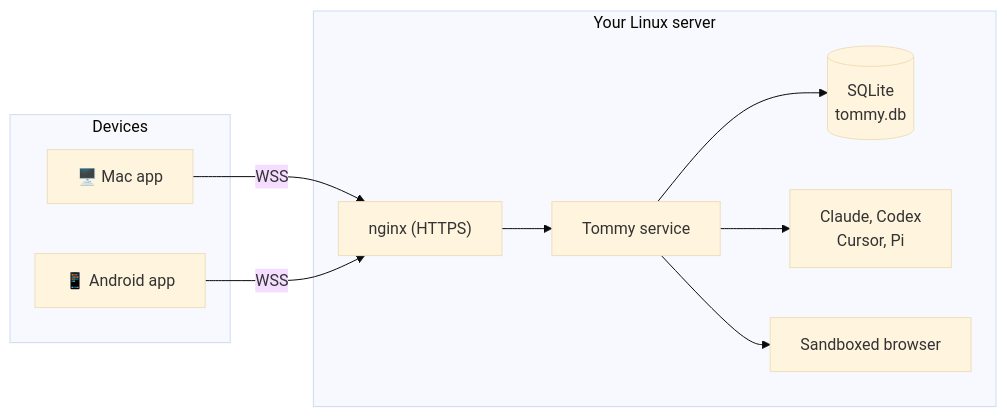
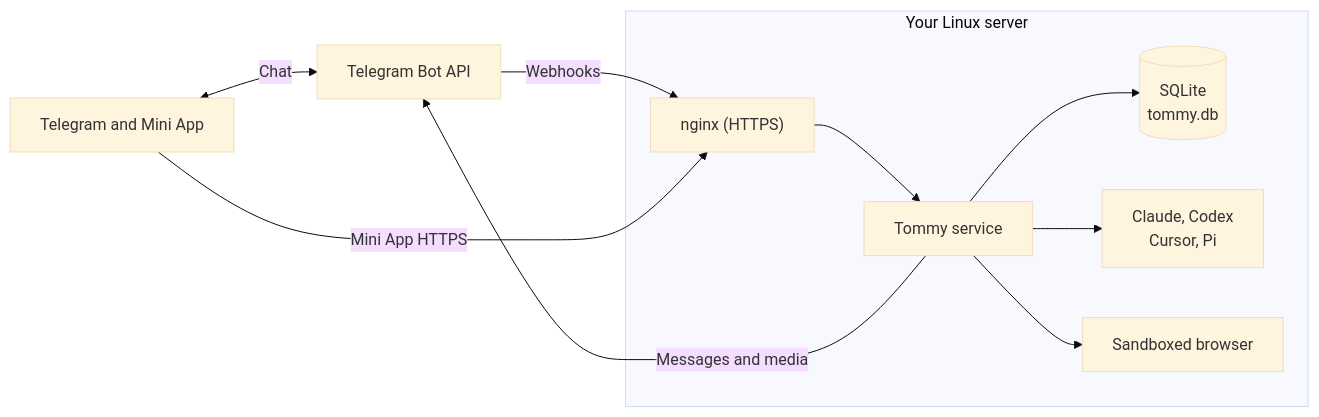
Before and after one commit to jbaehova/tommy: the diagram in README.md, drawn with Mermaid (base theme). The commit also changed other lines of this file and 2502 other files, not shown here.

First line of the commit message:
feat!: make Tommy a Telegram-only server

````diff
--- a/README.md
+++ b/README.md
@@ -159,20 +76,18 @@
 ```mermaid
 flowchart LR
-    subgraph Devices
-        mac["🖥️ Mac app"]
-        android["📱 Android app"]
-    end
+    telegram["Telegram and Mini App"] <-->|Chat| api["Telegram Bot API"]
     subgraph Server["Your Linux server"]
         nginx["nginx (HTTPS)"]
         tommy["Tommy service"]
         db[("SQLite<br>tommy.db")]
         providers["Claude, Codex<br>Cursor, Pi"]
         browser["Sandboxed browser"]
     end
-    mac -- "WSS" --> nginx
-    android -- "WSS" --> nginx
+    api -- "Webhooks" --> nginx
+    tommy -- "Messages and media" --> api
+    telegram -- "Mini App HTTPS" --> nginx
     nginx --> tommy
     tommy --> db
     tommy --> providers
     tommy --> browser
 ```
````
